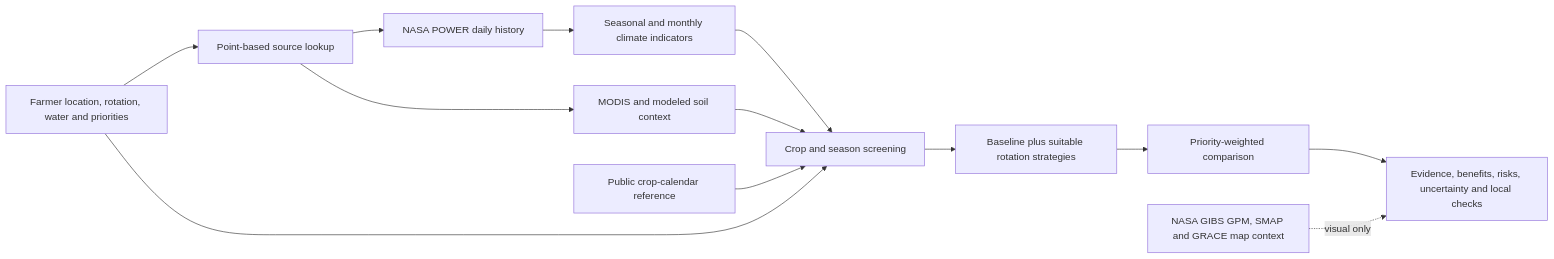
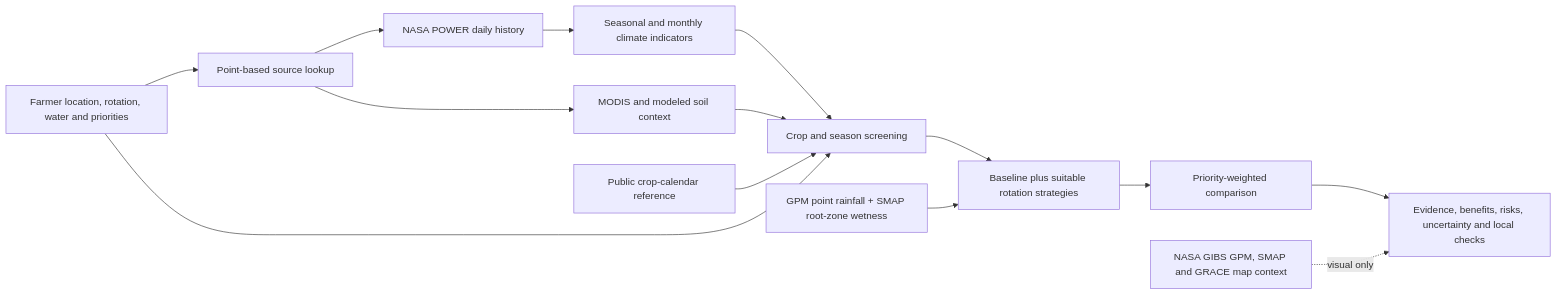
Before and after one commit to vtrsharvin-sj/Field-Shift: the diagram in docs/FINAL_SUBMISSION.md, drawn with Mermaid. The commit also changed other lines of this file and 13 other files, not shown here.

````diff
--- a/docs/FINAL_SUBMISSION.md
+++ b/docs/FINAL_SUBMISSION.md
@@ -33,15 +33,16 @@
 ```mermaid
 flowchart LR
   A[Farmer location, rotation, water and priorities] --> B[Point-based source lookup]
   B --> N[NASA POWER daily history]
   B --> M[MODIS and modeled soil context]
   N --> C[Seasonal and monthly climate indicators]
   C --> D[Crop and season screening]
   M --> D
   P[Public crop-calendar reference] --> D
   A --> D
   D --> E[Baseline plus suitable rotation strategies]
   E --> F[Priority-weighted comparison]
   F --> G[Evidence, benefits, risks, uncertainty and local checks]
-  W[NASA GIBS GPM, SMAP and GRACE map context] -. visual only .-> G
+  W[GPM point rainfall + SMAP root-zone wetness] --> E
+  X[NASA GIBS GPM, SMAP and GRACE map context] -. visual only .-> G
 ```
````
